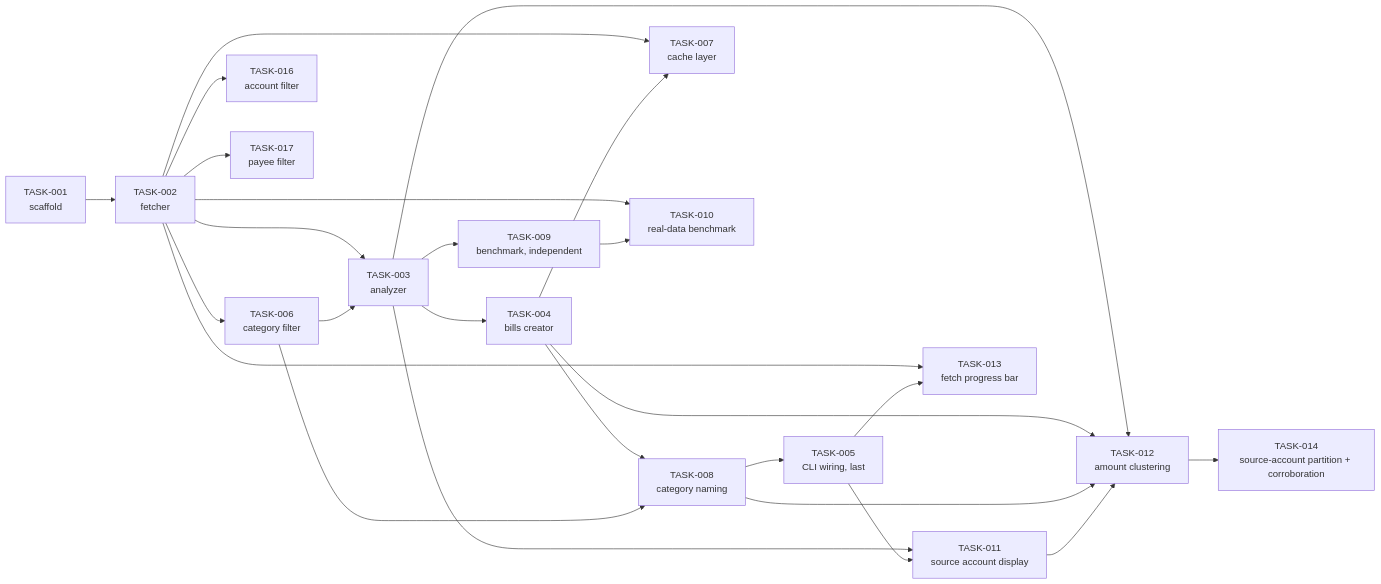
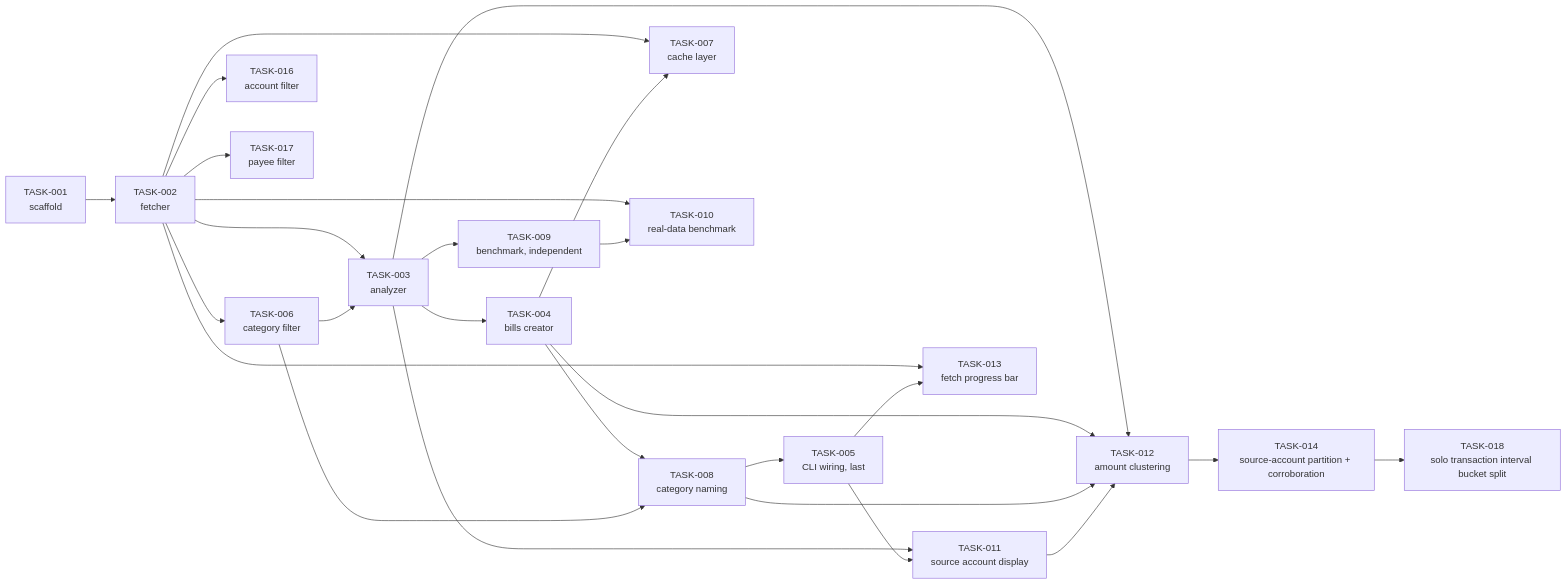
Before and after one commit to CmdrPrompt/firefly-bills-analyzer: the diagram in docs/tasks/README.md, drawn with Mermaid. The commit also changed other lines of this file and 5 other files, not shown here.

Commit message:
feat: separate solo transactions into their own bill when their recurrence interval disagrees with the nearest amount cluster (FR-32e) (#18)

````diff
--- a/docs/tasks/README.md
+++ b/docs/tasks/README.md
@@ -31,27 +32,28 @@
 ```mermaid
 graph LR
     T001[TASK-001<br/>scaffold] --> T002[TASK-002<br/>fetcher]
     T002 --> T006[TASK-006<br/>category filter]
     T002 --> T003[TASK-003<br/>analyzer]
     T006 --> T003
     T003 --> T004[TASK-004<br/>bills creator]
     T004 --> T008[TASK-008<br/>category naming]
     T006 --> T008
     T002 --> T007[TASK-007<br/>cache layer]
     T004 --> T007
     T008 --> T005[TASK-005<br/>CLI wiring, last]
     T003 --> T009[TASK-009<br/>benchmark, independent]
     T002 --> T010[TASK-010<br/>real-data benchmark]
     T009 --> T010
     T003 --> T011[TASK-011<br/>source account display]
     T005 --> T011
     T003 --> T012[TASK-012<br/>amount clustering]
     T004 --> T012
     T008 --> T012
     T011 --> T012
     T002 --> T013[TASK-013<br/>fetch progress bar]
     T005 --> T013
     T012 --> T014[TASK-014<br/>source-account partition + corroboration]
     T002 --> T016[TASK-016<br/>account filter]
     T002 --> T017[TASK-017<br/>payee filter]
+    T014 --> T018[TASK-018<br/>solo transaction interval bucket split]
 ```
````
